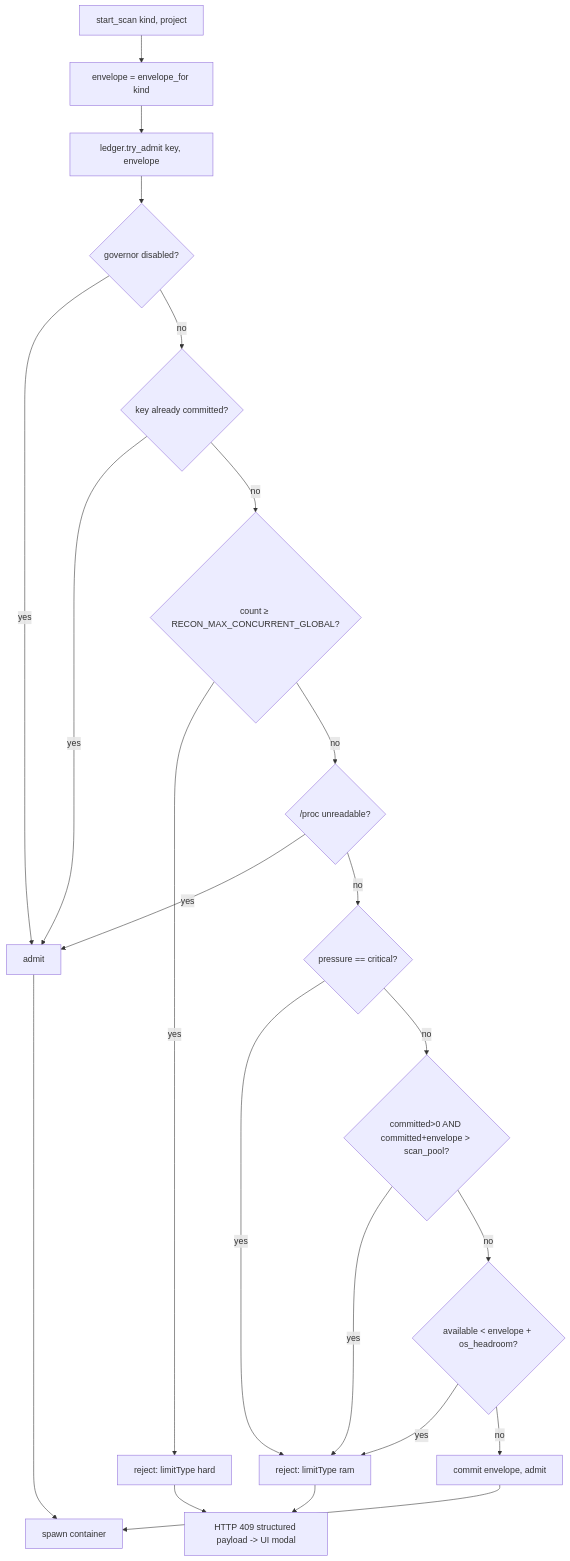
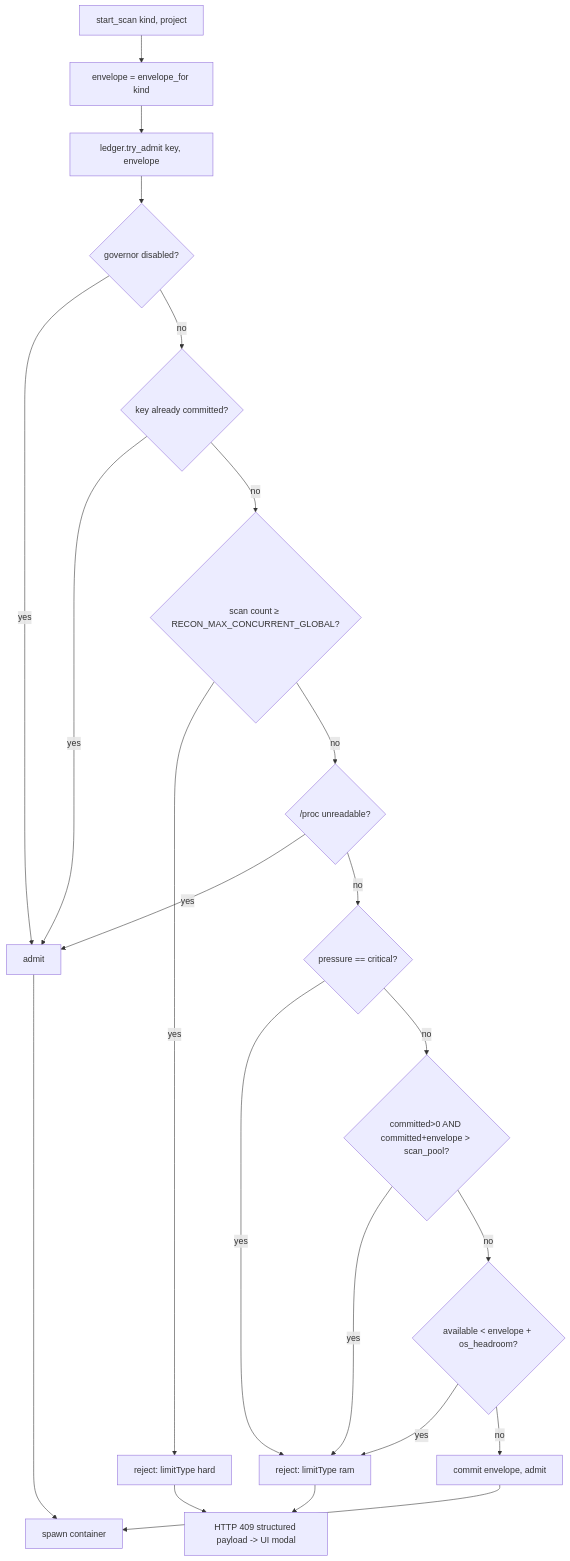
One commit to samugit83/redamon changed the third of 5 diagrams in docs/readmes/README.MEMORY_GOVERNOR.md. Above: the diagram before and after it, drawn with Mermaid. The commit also changed other lines of this file and 52 other files, not shown here.

````diff
--- a/docs/readmes/README.MEMORY_GOVERNOR.md
+++ b/docs/readmes/README.MEMORY_GOVERNOR.md
@@ -255,24 +255,24 @@
 ```mermaid
 flowchart TD
     S[start_scan kind, project] --> E[envelope = envelope_for kind]
     E --> A[ledger.try_admit key, envelope]
     A --> G0{governor disabled?}
     G0 -->|yes| OK[admit]
     G0 -->|no| G1{key already committed?}
     G1 -->|yes| OK
-    G1 -->|no| G2{count ≥ RECON_MAX_CONCURRENT_GLOBAL?}
+    G1 -->|no| G2{scan count ≥ RECON_MAX_CONCURRENT_GLOBAL?}
     G2 -->|yes| RJH[reject: limitType hard]
     G2 -->|no| G3{/proc unreadable?}
     G3 -->|yes| OK
     G3 -->|no| G4{pressure == critical?}
     G4 -->|yes| RJR[reject: limitType ram]
     G4 -->|no| G5{committed>0 AND committed+envelope > scan_pool?}
     G5 -->|yes| RJR
     G5 -->|no| G6{available < envelope + os_headroom?}
     G6 -->|yes| RJR
     G6 -->|no| C[commit envelope, admit]
     C --> SP[spawn container]
     OK --> SP
     RJH --> M[HTTP 409 structured payload -> UI modal]
     RJR --> M
 ```
````
